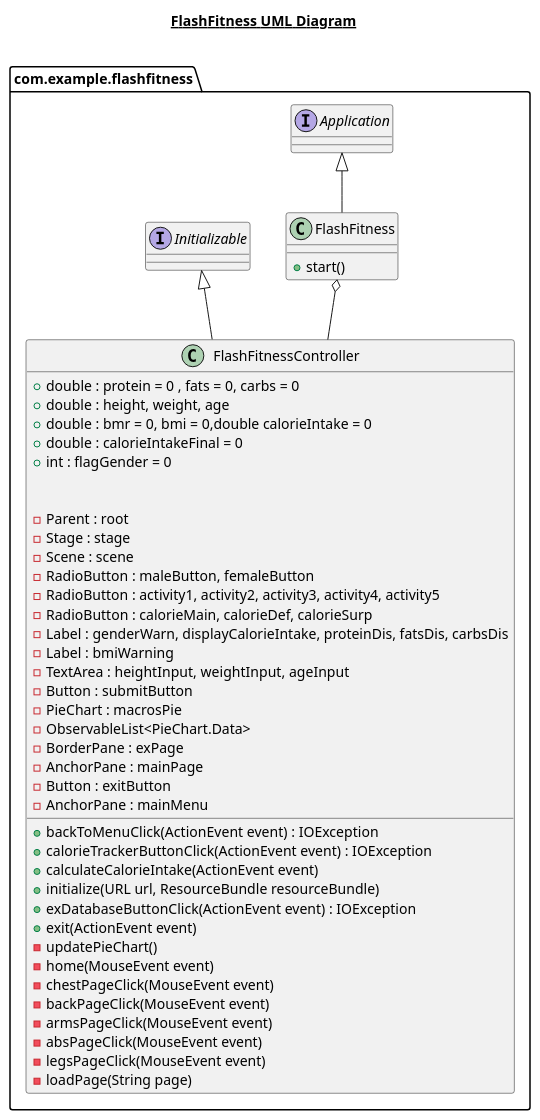
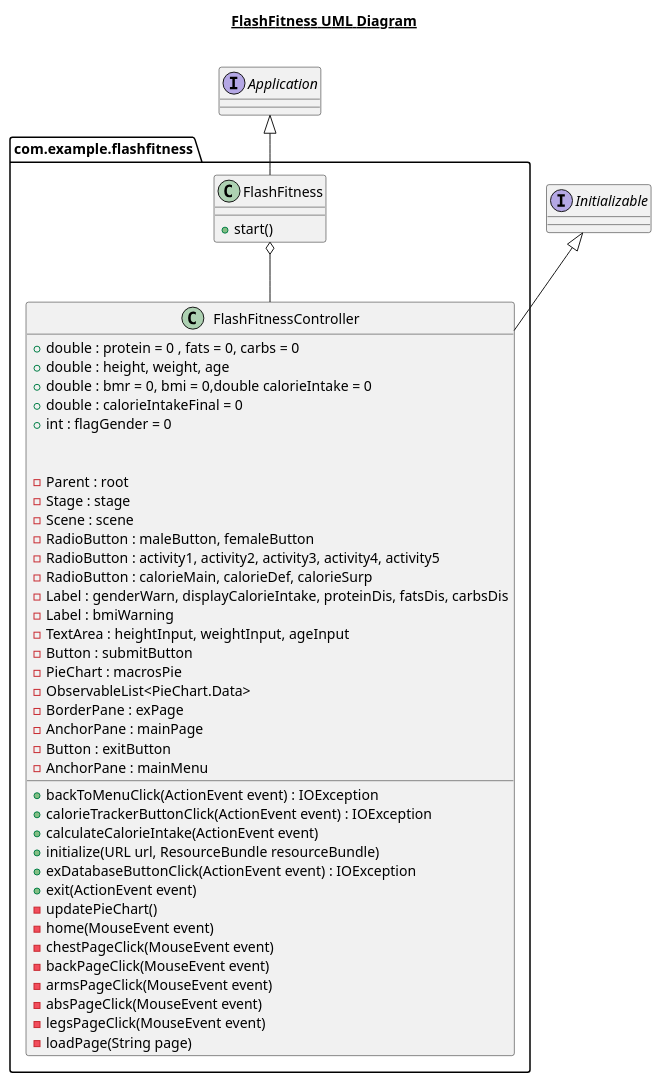
The diagram in FlashFitness/src/main/java/com/example/flashfitness/FlashFitness.puml (C10BB/oo3FlashProject), drawn with PlantUML before and after one commit. The commit also changed 1 other file, not shown here.

```diff
--- a/FlashFitness/src/main/java/com/example/flashfitness/FlashFitness.puml
+++ b/FlashFitness/src/main/java/com/example/flashfitness/FlashFitness.puml
@@ -8,67 +8,59 @@
 @startuml
 title __FlashFitness UML Diagram__\n
 set namespaceSeparator none
 namespace com.example.flashfitness{
     class FlashFitness{
         +start()
     }
 
     class FlashFitnessController{
         +backToMenuClick(ActionEvent event) : IOException
         +calorieTrackerButtonClick(ActionEvent event) : IOException
         +calculateCalorieIntake(ActionEvent event)
         +initialize(URL url, ResourceBundle resourceBundle)
         +exDatabaseButtonClick(ActionEvent event) : IOException
         +exit(ActionEvent event)
 
         +double : protein = 0 , fats = 0, carbs = 0
         +double : height, weight, age
         +double : bmr = 0, bmi = 0,double calorieIntake = 0
         +double : calorieIntakeFinal = 0
         +int : flagGender = 0
 
         -updatePieChart()
         -home(MouseEvent event)
         -chestPageClick(MouseEvent event)
         -backPageClick(MouseEvent event)
         -armsPageClick(MouseEvent event)
         -absPageClick(MouseEvent event)
         -legsPageClick(MouseEvent event)
         -loadPage(String page)
 
         -Parent : root
         -Stage : stage
         -Scene : scene
         -RadioButton : maleButton, femaleButton
         -RadioButton : activity1, activity2, activity3, activity4, activity5
         -RadioButton : calorieMain, calorieDef, calorieSurp
         -Label : genderWarn, displayCalorieIntake, proteinDis, fatsDis, carbsDis
         -Label : bmiWarning
         -TextArea : heightInput, weightInput, ageInput
         -Button : submitButton
         -PieChart : macrosPie
         -ObservableList<PieChart.Data>
         -BorderPane : exPage
         -AnchorPane : mainPage
         -Button : exitButton
         - AnchorPane : mainMenu
 
     }
-
-    interface Application{
-
-        }
-    interface Initializable{
-
-            }
+}
+interface Application{}
+interface Initializable{}
 
 FlashFitness o-- FlashFitnessController
 Application <|-- FlashFitness
 Initializable <|-- FlashFitnessController
 
 
-}
-
-
-
 @enduml
```
